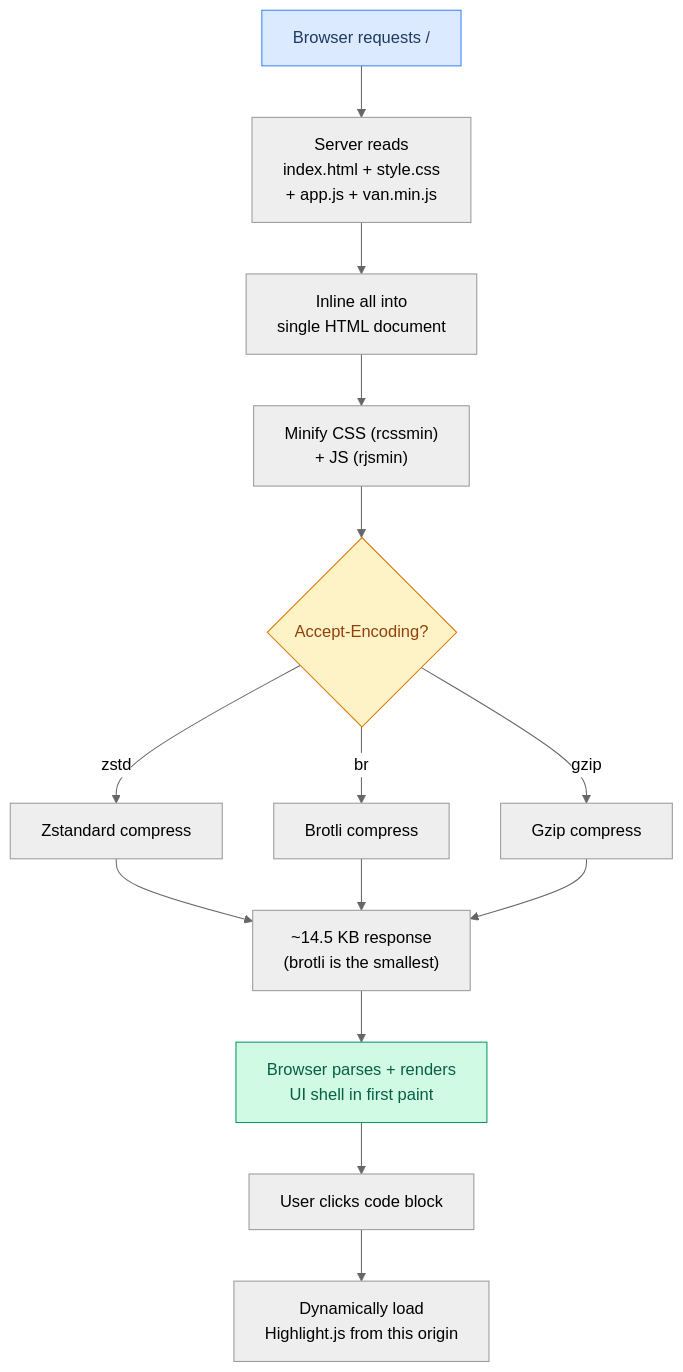
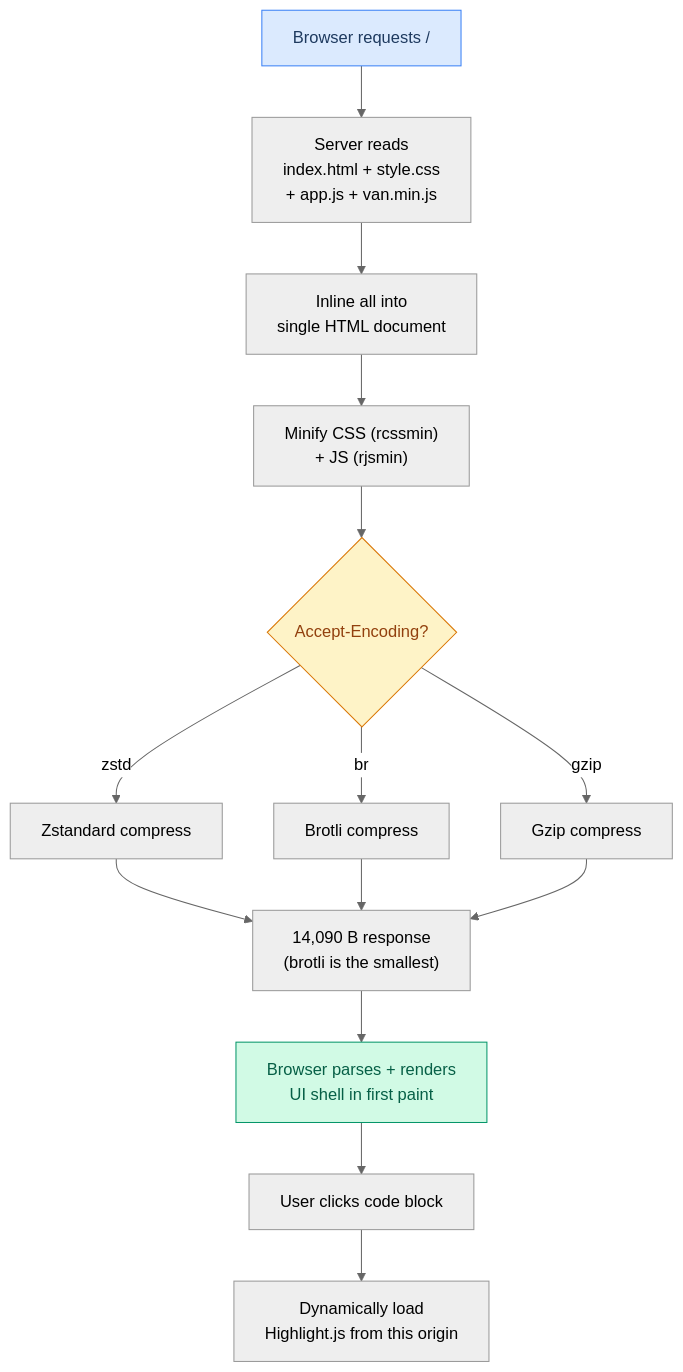
One commit to maci0/recoverage changed diagram 16 of 17 in docs/USER_STORIES.md. Above: the diagram before and after it, drawn with Mermaid (neutral theme). The commit also changed other lines of this file and 9 other files, not shown here.

````diff
--- a/docs/USER_STORIES.md
+++ b/docs/USER_STORIES.md
@@ -506,21 +506,21 @@
 ```mermaid
 graph TD
     A["Browser requests /"] --> B["Server reads<br/>index.html + style.css<br/>+ app.js + van.min.js"]
     B --> C["Inline all into<br/>single HTML document"]
     C --> D["Minify CSS (rcssmin)<br/>+ JS (rjsmin)"]
     D --> E{"Accept-Encoding?"}
     E -->|zstd| F["Zstandard compress"]
     E -->|br| G["Brotli compress"]
     E -->|gzip| H["Gzip compress"]
-    F --> I["~14.5 KB response<br/>(brotli is the smallest)"]
+    F --> I["14,090 B response<br/>(brotli is the smallest)"]
     G --> I
     H --> I
     I --> J["Browser parses + renders<br/>UI shell in first paint"]
 
     J --> K["User clicks code block"]
     K --> L["Dynamically load<br/>Highlight.js from this origin"]
 
     style A fill:#dbeafe,stroke:#3b82f6,color:#1e3a5f
     style J fill:#d1fae5,stroke:#059669,color:#065f46
     style E fill:#fef3c7,stroke:#d97706,color:#92400e
 ```
````
